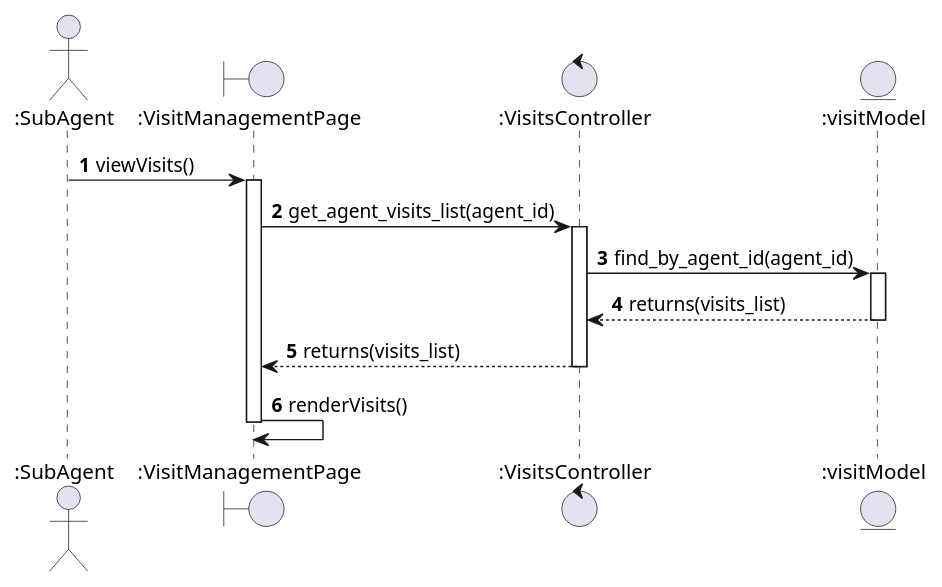
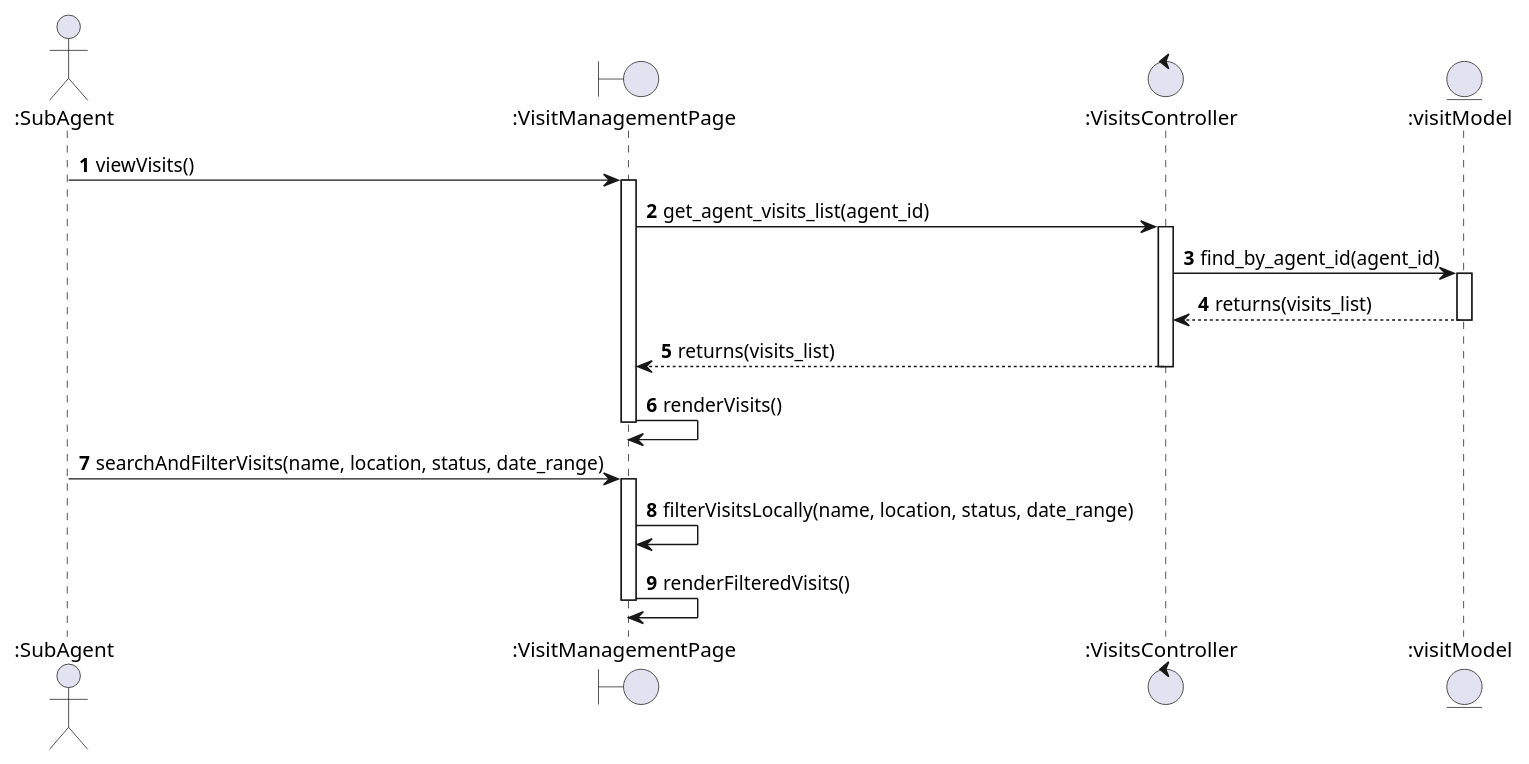
Before and after one commit to israhadjhassine/Graduation-Project-real-estate-automation: the diagram in docs/sequence_diagram_view_visits.puml, drawn with PlantUML. The commit also changed 44 other files, not shown here.

```diff
--- a/docs/sequence_diagram_view_visits.puml
+++ b/docs/sequence_diagram_view_visits.puml
@@ -1,25 +1,31 @@
 @startuml
 autonumber
 
 actor ":SubAgent" as SubAgent
 boundary ":VisitManagementPage" as VisitManagementPage
 control ":VisitsController" as VisitsController
 entity ":visitModel" as visitModel
 
 SubAgent -> VisitManagementPage : viewVisits()
 activate VisitManagementPage
 
 VisitManagementPage -> VisitsController : get_agent_visits_list(agent_id)
 activate VisitsController
 
 VisitsController -> visitModel : find_by_agent_id(agent_id)
 activate visitModel
 visitModel --> VisitsController : returns(visits_list)
 deactivate visitModel
 
 VisitsController --> VisitManagementPage : returns(visits_list)
 deactivate VisitsController
 
 VisitManagementPage -> VisitManagementPage : renderVisits()
 deactivate VisitManagementPage
+
+SubAgent -> VisitManagementPage : searchAndFilterVisits(name, location, status, date_range)
+activate VisitManagementPage
+VisitManagementPage -> VisitManagementPage : filterVisitsLocally(name, location, status, date_range)
+VisitManagementPage -> VisitManagementPage : renderFilteredVisits()
+deactivate VisitManagementPage
 @enduml
```
